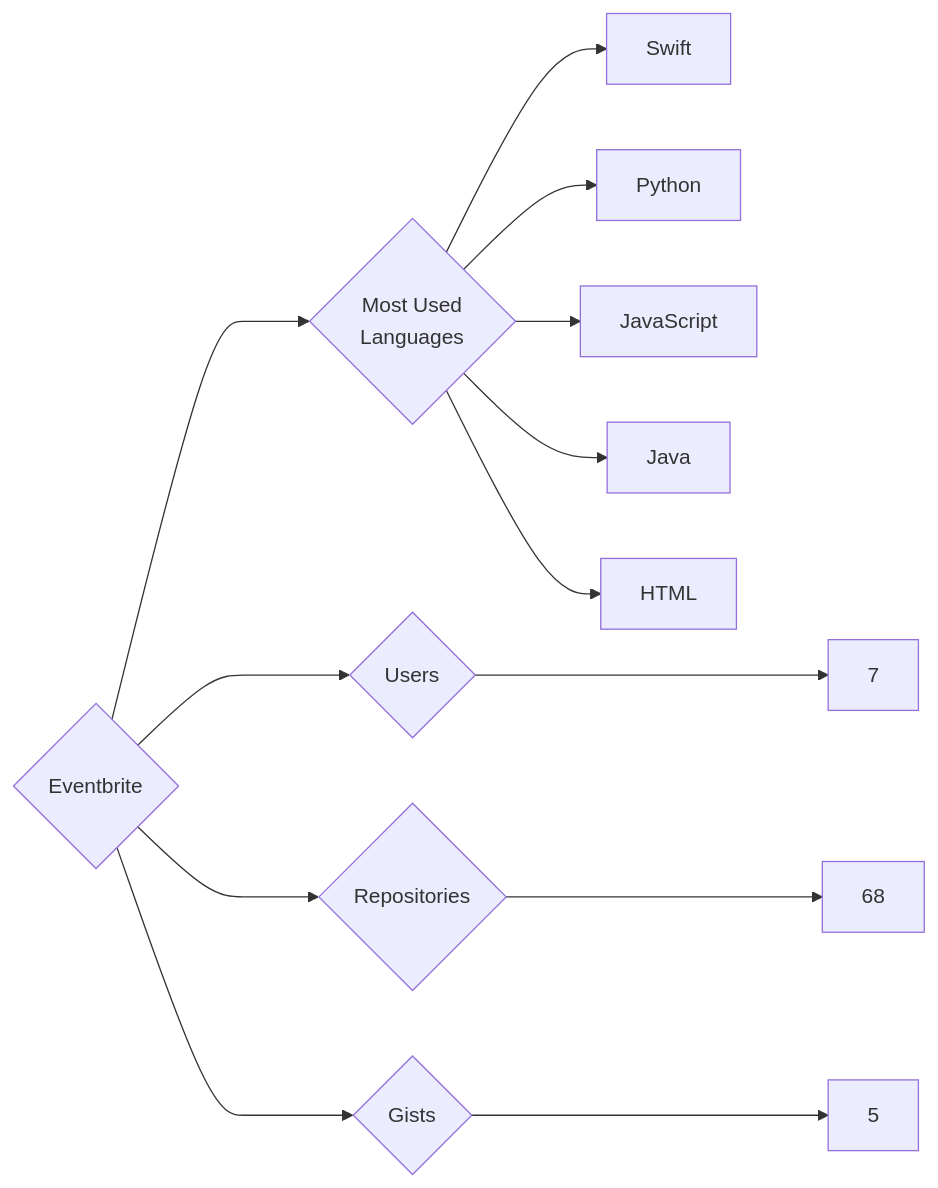
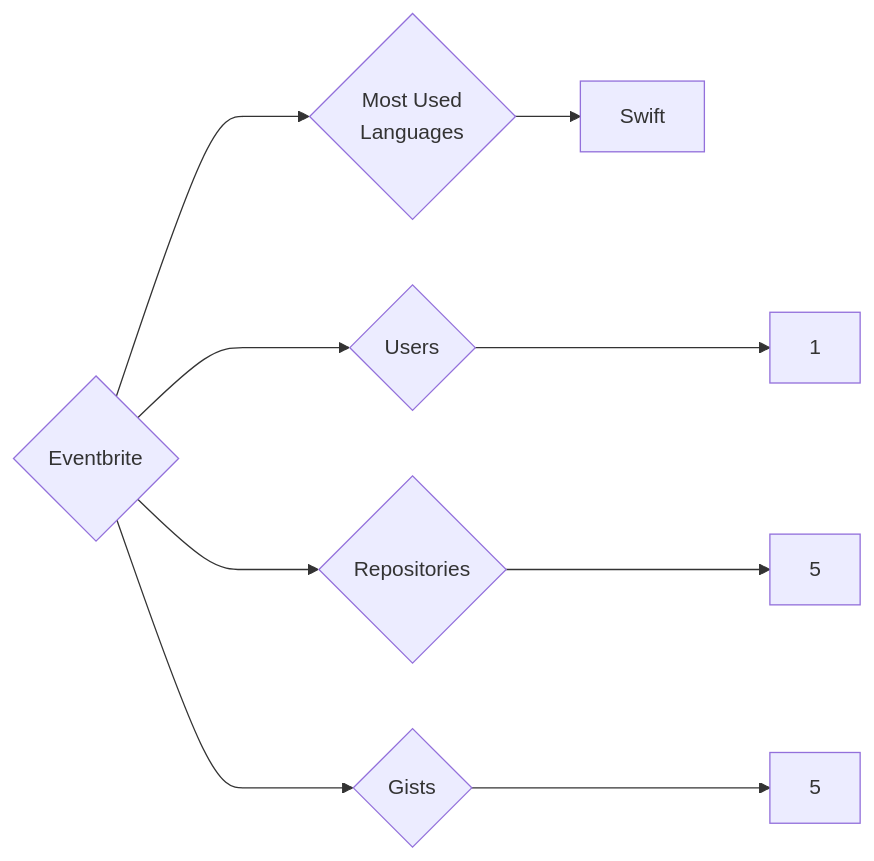
Before and after one commit to trickest/insiders: the diagram in targets/Eventbrite/README.md, drawn with Mermaid. The commit also changed 942 other files, not shown here.

````diff
--- a/targets/Eventbrite/README.md
+++ b/targets/Eventbrite/README.md
@@ -3,13 +3,9 @@
 ```mermaid
 graph LR
 COMPANY_NAME{Eventbrite}
-COMPANY_NAME ---> U{Users} ---> UN[7]
-COMPANY_NAME ---> R{Repositories} ---> RN[68]
+COMPANY_NAME ---> U{Users} ---> UN[1]
+COMPANY_NAME ---> R{Repositories} ---> RN[5]
 COMPANY_NAME ---> G{Gists} ---> GN[5]
 COMPANY_NAME ---> ML{Most Used<br>Languages}
 ML --> Swift[Swift]
-ML --> Python[Python]
-ML --> JavaScript[JavaScript]
-ML --> Java[Java]
-ML --> HTML[HTML]
 ```
````
